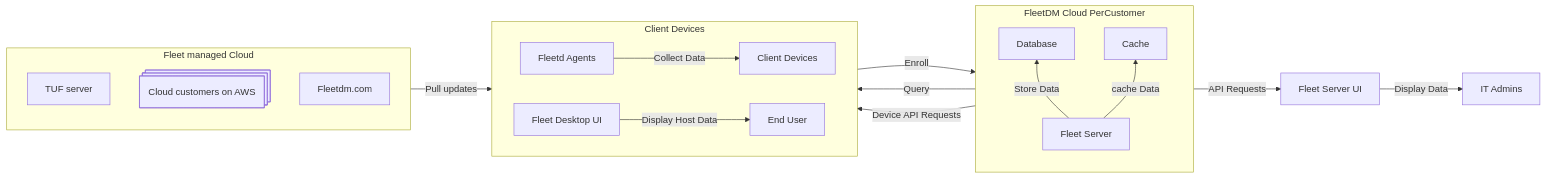
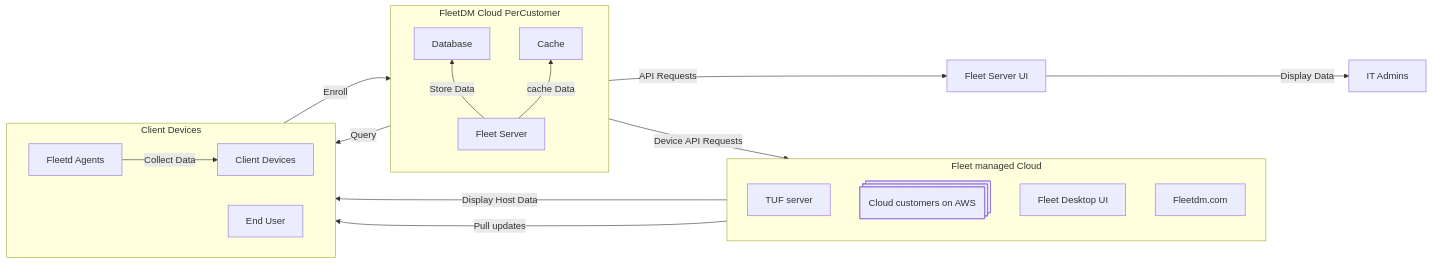
The diagram in docs/Contributing/system_design/README.md (fleetdm/fleet), drawn with Mermaid before and after one commit. The commit also changed 1 other file, not shown here.

Commit message:
Adding other repo doc

````diff
--- a/docs/Contributing/system_design/README.md
+++ b/docs/Contributing/system_design/README.md
@@ -14,33 +14,34 @@
 ```mermaid
 graph LR
     subgraph backend [FleetDM Cloud PerCustomer]
         direction BT
         B[Fleet Server]
         C[Database]
         R[Cache]
     end
     subgraph Fleet managed Cloud
         direction TB
         I[TUF server]
         J@{ shape: processes, label: "Cloud customers on AWS" }
+        L@{ shape: processes, label: "Github repos" }
         K[Fleetdm.com]
     end
     subgraph Client Devices
         direction LR
         A[Client Devices]
         D[Fleetd Agents]
         L[Fleet Desktop UI]
         H[End User]
     end
 
     A -->|Enroll| B
     B -->|Store Data| C[Database]
     B -->|cache Data| R[Cache]
     B -->|Query| D
     D -->|Collect Data| A
     B -->|API Requests| E[Fleet Server UI]
     E -->|Display Data| F[IT Admins]
     B -->|Device API Requests| L
     L -->|Display Host Data| H
     I[TUF server] -->|Pull updates| D
 ```
````
